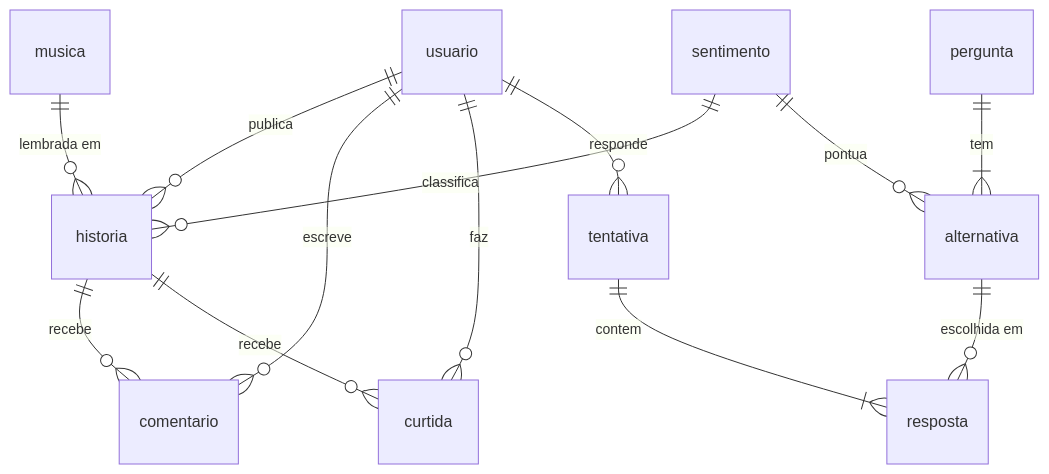
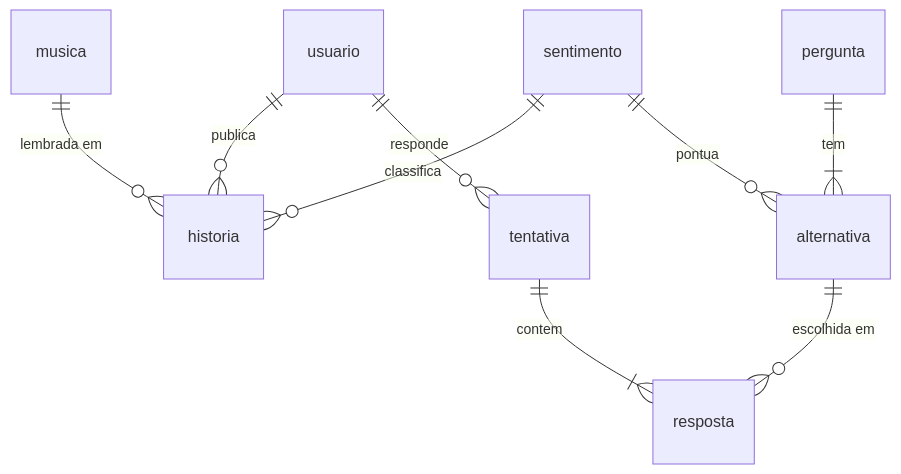
Before and after one commit to Julio-Lino/projeto-individual-musica-memoria: the second of 2 diagrams in README.md, drawn with Mermaid. The commit also changed other lines of this file and 11 other files, not shown here.

````diff
--- a/README.md
+++ b/README.md
@@ -161,15 +161,11 @@
 ```mermaid
 erDiagram
     usuario ||--o{ historia : publica
     musica ||--o{ historia : "lembrada em"
     sentimento ||--o{ historia : classifica
-    historia ||--o{ comentario : recebe
-    usuario ||--o{ comentario : escreve
-    usuario ||--o{ curtida : faz
-    historia ||--o{ curtida : recebe
     usuario ||--o{ tentativa : responde
     tentativa ||--|{ resposta : contem
     pergunta ||--|{ alternativa : tem
     alternativa ||--o{ resposta : "escolhida em"
     sentimento ||--o{ alternativa : pontua
 ```
````
